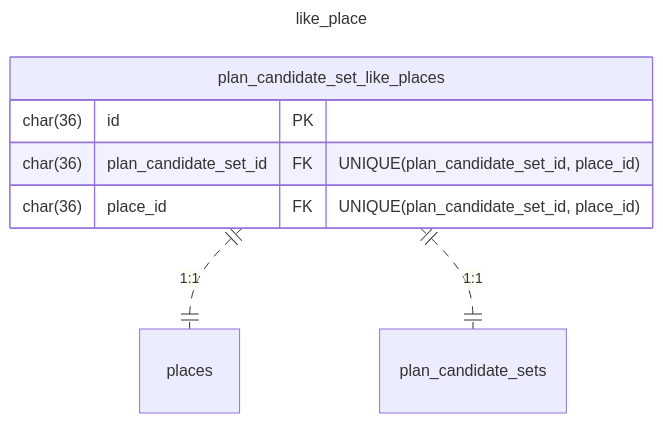
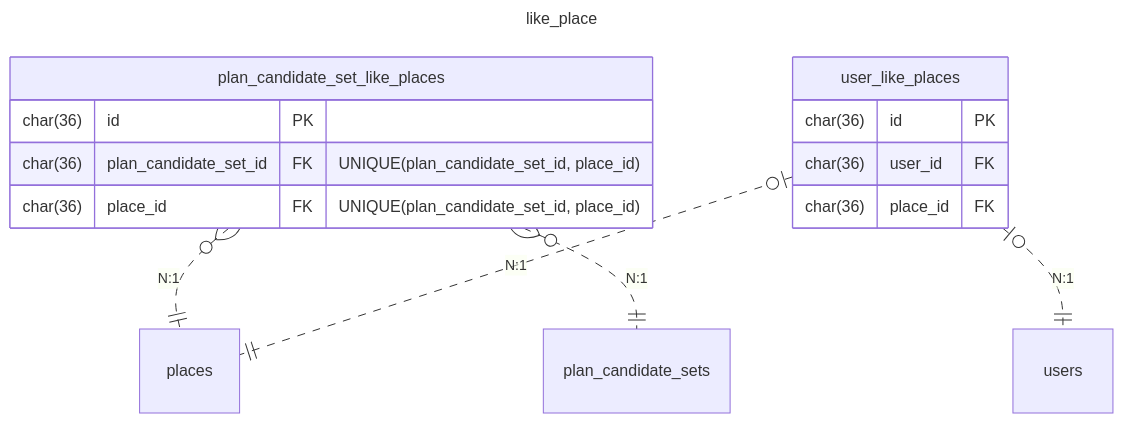
One commit to poroto-app/planner changed the sixth of 6 diagrams in doc/database/er.md. Above: the diagram before and after it, drawn with Mermaid. The commit also changed other lines of this file, not shown here.

Commit message:
feat(doc): ユーザーが場所に対してLIKEできるようにする

````diff
--- a/doc/database/er.md
+++ b/doc/database/er.md
@@ -212,14 +212,22 @@
 ```mermaid
 ---
 title: like_place
 ---
 erDiagram
     plan_candidate_set_like_places {
         char(36) id PK
         char(36) plan_candidate_set_id FK "UNIQUE(plan_candidate_set_id, place_id)"
         char(36) place_id FK "UNIQUE(plan_candidate_set_id, place_id)"
     }
+    
+    user_like_places {
+        char(36) id PK
+        char(36) user_id FK
+        char(36) place_id FK
+    }
 
-    plan_candidate_set_like_places ||..|| places: "1:1"
-    plan_candidate_set_like_places ||..|| plan_candidate_sets: "1:1"
+    plan_candidate_set_like_places }o..|| places: "N:1"
+    plan_candidate_set_like_places }o..|| plan_candidate_sets: "N:1"
+    user_like_places o|..|| places: "N:1"
+    user_like_places o|..|| users: "N:1"
 ```
````
